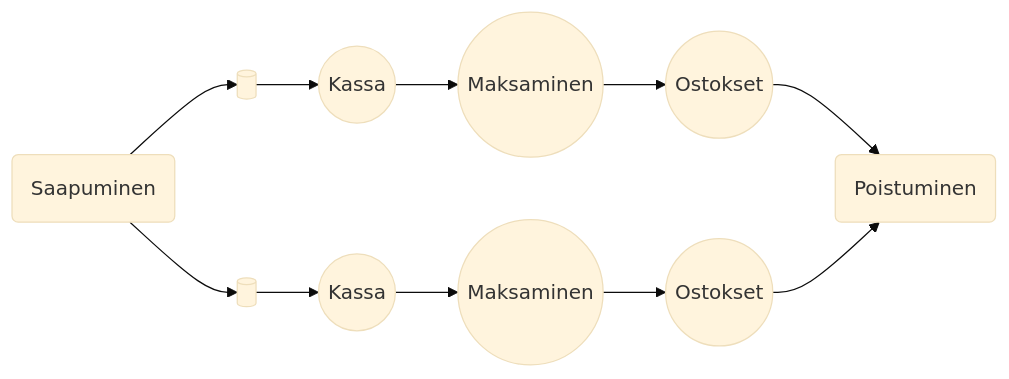
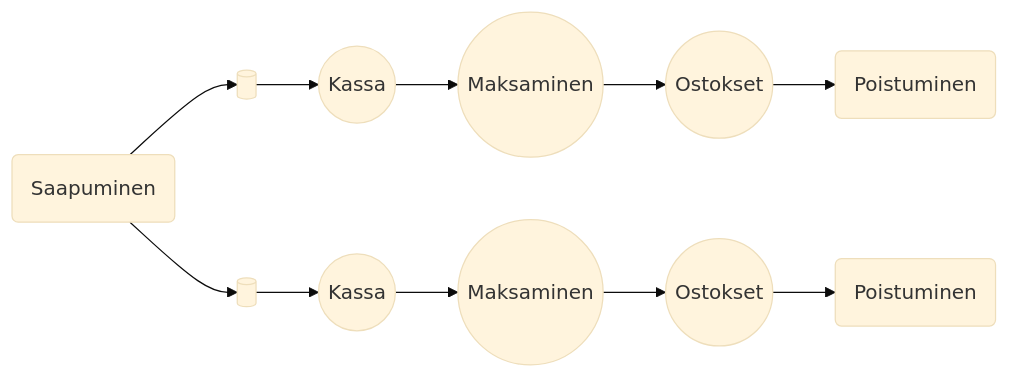
One commit to onnikiv/ohjelmointiprojekti changed the second of 2 diagrams in 1.4_OrientationTasks/README.md. Above: the diagram before and after it, drawn with Mermaid (base theme). The commit also changed other lines of this file, not shown here.

````diff
--- a/1.4_OrientationTasks/README.md
+++ b/1.4_OrientationTasks/README.md
@@ -69,17 +69,17 @@
 ```mermaid
 flowchart LR
     A(Saapuminen) --> B[( )]
     A(Saapuminen) --> C[( )]
 
     B --> E((Kassa))
     C --> F((Kassa))
 
     E --> G((Maksaminen))
     F --> H((Maksaminen))
 
     G --> J((Ostokset))
     H --> K((Ostokset))
 
     J --> h(Poistuminen)
-    K --> h( Poistuminen)
+    K --> k( Poistuminen)
 ```
````
